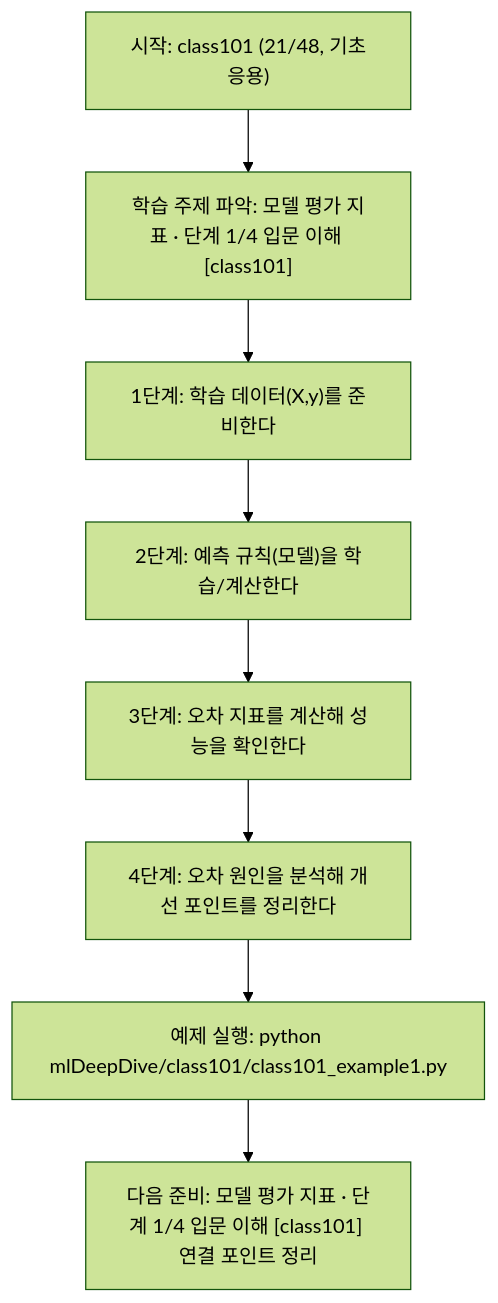
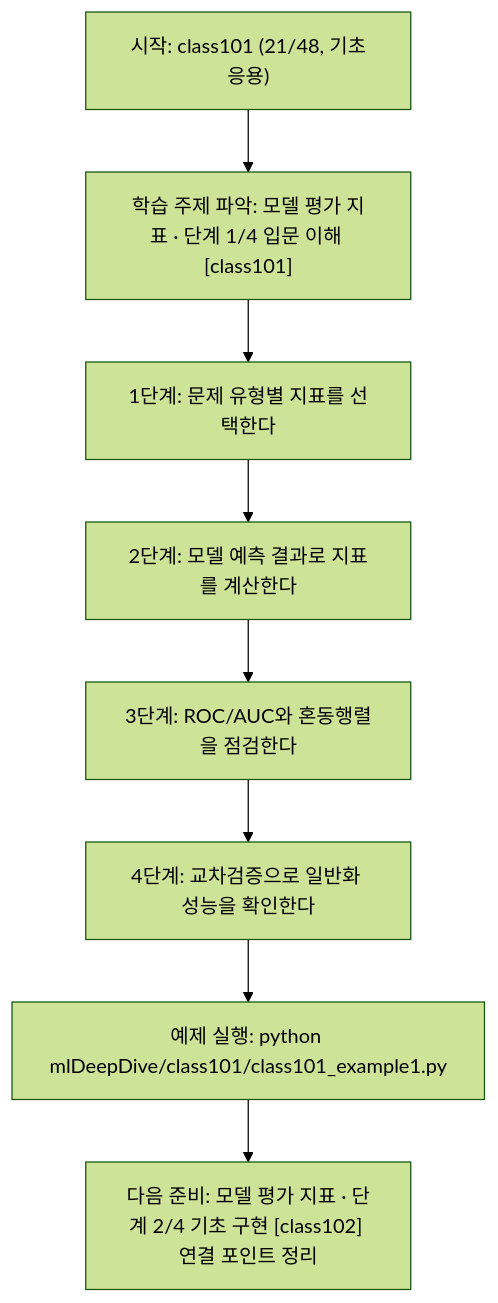
Before and after one commit to edumgt/Python-AI_Agent-Class: the diagram in mlDeepDive/class101/class101.md, drawn with Mermaid (forest theme). The commit also changed other lines of this file and 338 other files, not shown here.

````diff
--- a/mlDeepDive/class101/class101.md
+++ b/mlDeepDive/class101/class101.md
@@ -110,18 +91,18 @@
 ```mermaid
 flowchart TD
 N1["시작: class101 (21/48, 기초응용)"]
 N2["학습 주제 파악: 모델 평가 지표 · 단계 1/4 입문 이해 [class101]"]
-N3["1단계: 학습 데이터(X,y)를 준비한다"]
-N4["2단계: 예측 규칙(모델)을 학습/계산한다"]
-N5["3단계: 오차 지표를 계산해 성능을 확인한다"]
-N6["4단계: 오차 원인을 분석해 개선 포인트를 정리한다"]
+N3["1단계: 문제 유형별 지표를 선택한다"]
+N4["2단계: 모델 예측 결과로 지표를 계산한다"]
+N5["3단계: ROC/AUC와 혼동행렬을 점검한다"]
+N6["4단계: 교차검증으로 일반화 성능을 확인한다"]
 N7["예제 실행: python mlDeepDive/class101/class101_example1.py"]
-N8["다음 준비: 모델 평가 지표 · 단계 1/4 입문 이해 [class101] 연결 포인트 정리"]
+N8["다음 준비: 모델 평가 지표 · 단계 2/4 기초 구현 [class102] 연결 포인트 정리"]
 N1 --> N2
 N2 --> N3
 N3 --> N4
 N4 --> N5
 N5 --> N6
 N6 --> N7
 N7 --> N8
 ```
````
